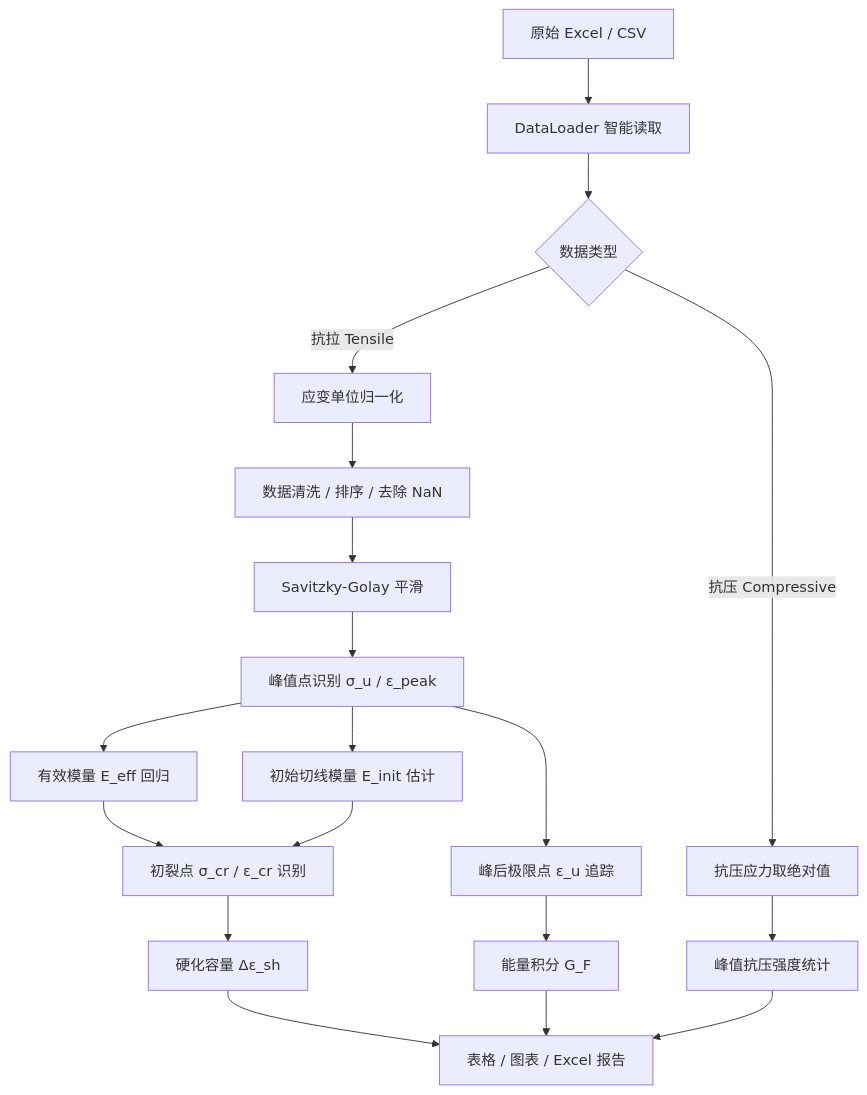
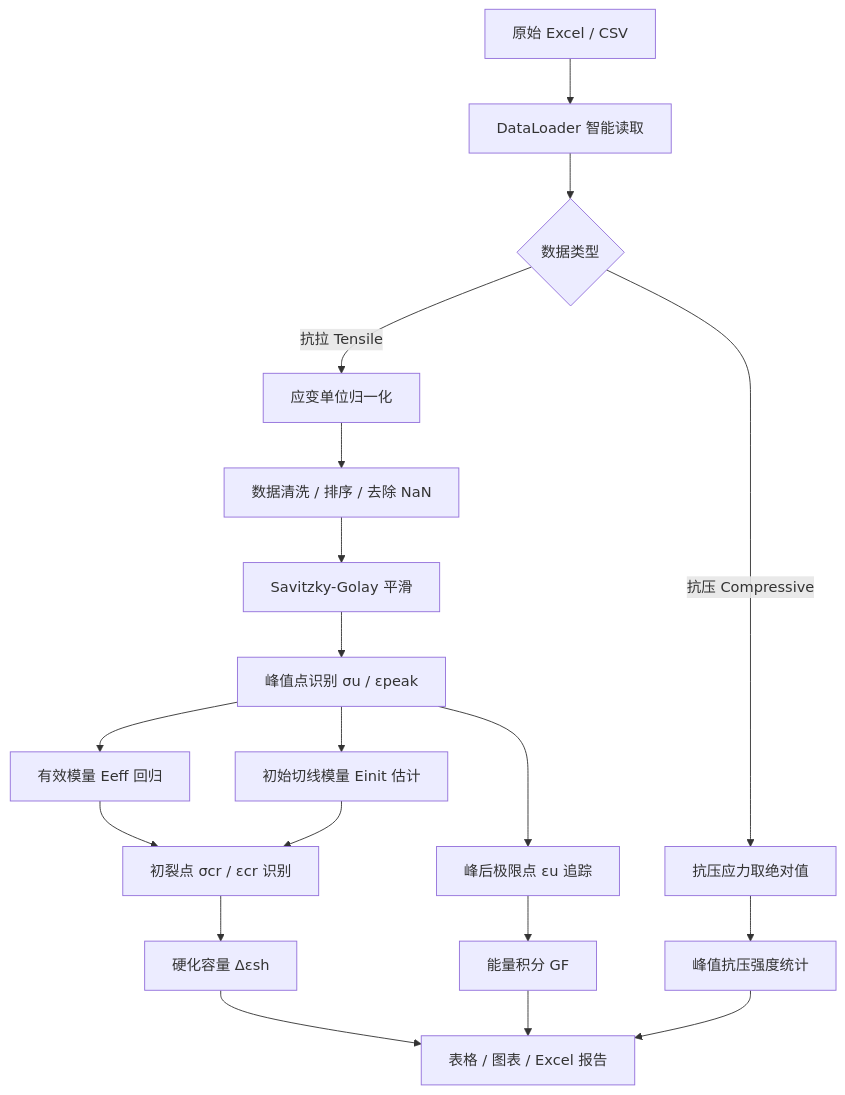
Before and after one commit to liqinglq666/ECC_Analyzer_Pro: the first of 4 diagrams in README.md, drawn with Mermaid. The commit also changed other lines of this file, not shown here.

````diff
--- a/README.md
+++ b/README.md
@@ -151,21 +151,21 @@
 ```mermaid
 flowchart TD
     A["原始 Excel / CSV"] --> B["DataLoader 智能读取"]
     B --> C{数据类型}
     C -->|"抗拉 Tensile"| D["应变单位归一化"]
     C -->|"抗压 Compressive"| E["抗压应力取绝对值"]
     D --> F["数据清洗 / 排序 / 去除 NaN"]
     F --> G["Savitzky-Golay 平滑"]
-    G --> H["峰值点识别 σ_u / ε_peak"]
-    H --> I["有效模量 E_eff 回归"]
-    H --> J["初始切线模量 E_init 估计"]
-    I --> K["初裂点 σ_cr / ε_cr 识别"]
+    G --> H["峰值点识别 σu / εpeak"]
+    H --> I["有效模量 Eeff 回归"]
+    H --> J["初始切线模量 Einit 估计"]
+    I --> K["初裂点 σcr / εcr 识别"]
     J --> K
-    H --> L["峰后极限点 ε_u 追踪"]
-    K --> M["硬化容量 Δε_sh"]
-    L --> N["能量积分 G_F"]
+    H --> L["峰后极限点 εu 追踪"]
+    K --> M["硬化容量 Δεsh"]
+    L --> N["能量积分 GF"]
     M --> O["表格 / 图表 / Excel 报告"]
     N --> O
     E --> P["峰值抗压强度统计"]
     P --> O
 ```
````
